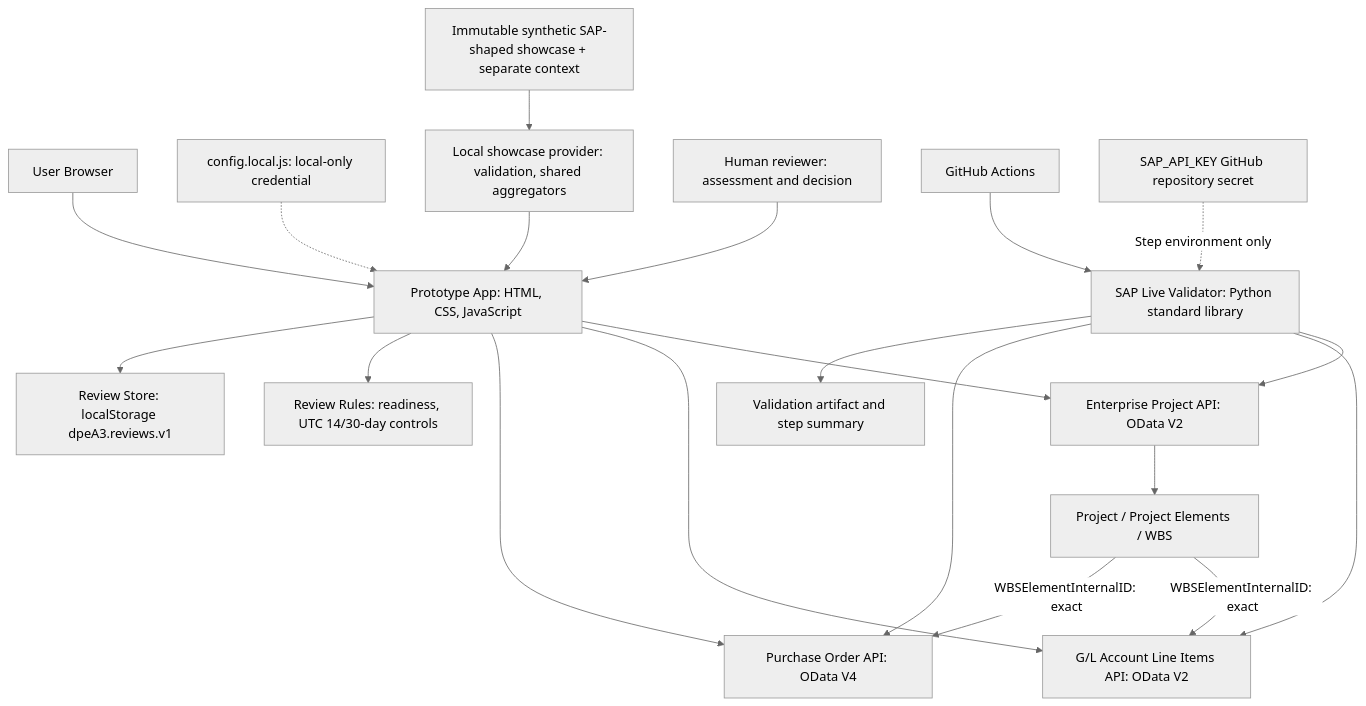
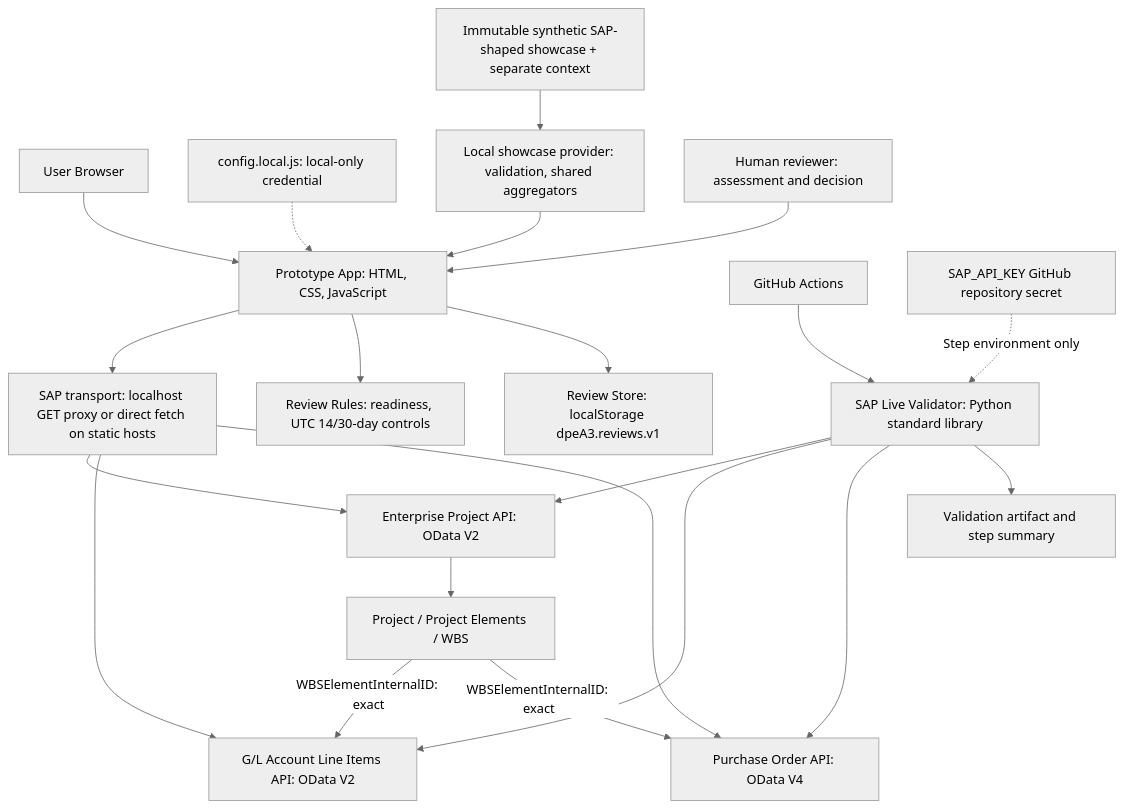
Before and after one commit to zli806/infosys704-a3: the diagram in docs/ARCHITECTURE.md, drawn with Mermaid (neutral theme). The commit also changed other lines of this file and 14 other files, not shown here.

````diff
--- a/docs/ARCHITECTURE.md
+++ b/docs/ARCHITECTURE.md
@@ -11,22 +11,23 @@
 ```mermaid
 flowchart TD
     Browser["User Browser"] --> App["Prototype App: HTML, CSS, JavaScript"]
     Local["config.local.js: local-only credential"] -.-> App
-    App --> EP["Enterprise Project API: OData V2"]
+    App --> Transport["SAP transport: localhost GET proxy or direct fetch on static hosts"]
+    Transport --> EP["Enterprise Project API: OData V2"]
     EP --> Lifecycle["Project / Project Elements / WBS"]
     Lifecycle -->|"WBSElementInternalID: exact"| GL["G/L Account Line Items API: OData V2"]
     Lifecycle -->|"WBSElementInternalID: exact"| PO["Purchase Order API: OData V4"]
-    App --> GL
-    App --> PO
+    Transport --> GL
+    Transport --> PO
     Fixture["Immutable synthetic SAP-shaped showcase + separate context"] --> Provider["Local showcase provider: validation, shared aggregators"]
     Provider --> App
     App --> Rules["Review Rules: readiness, UTC 14/30-day controls"]
     App --> Store["Review Store: localStorage dpeA3.reviews.v1"]
     Reviewer["Human reviewer: assessment and decision"] --> App
     Actions["GitHub Actions"] --> Validator["SAP Live Validator: Python standard library"]
     Secret["SAP_API_KEY GitHub repository secret"] -.->|"Step environment only"| Validator
     Validator --> EP
     Validator --> GL
     Validator --> PO
     Validator --> Reports["Validation artifact and step summary"]
 ```
````
